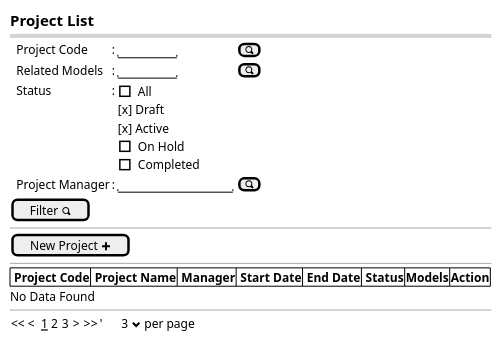
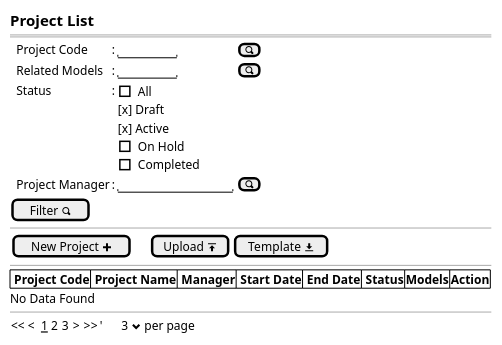
One commit to ari-fikri/packing-cost-mockup changed the diagram in Project/project - new step0.puml. Above: the diagram before and after it, drawn with PlantUML. The commit also changed 6 other files, not shown here.

Commit message:
Add button Download Template and Upload files button for Bulk Upload feature.

```diff
--- a/Project/project - new step0.puml
+++ b/Project/project - new step0.puml
@@ -1,32 +1,34 @@
 @startsalt
 {
   <size:15><b>Project List
   ==
   {
     .|Project Code      |: |"       "|[<&magnifying-glass>]|*
     .|Related Models    |: |"       "| [<&magnifying-glass>]|*
     .|Status |:|
     {
       [ ] All
       [x] Draft
       [x] Active
       [ ] On Hold
       [ ] Completed
     }|*
     .|Project Manager |: |"              "|[<&magnifying-glass>]|*
   }
   [Filter <&magnifying-glass>]|
   .
   --
-  [New Project <&plus>]|*
+  {
+  [New Project <&plus>]||.|.|.|[Upload <&data-transfer-upload>]| [Template <&data-transfer-download>]|*
+  }
   --
   {#
     |<b> Project Code    |<b> Project Name          |<b> Manager         |<b> Start Date |<b> End Date   |<b> Status     |<b>Models     |<b>Action |*|*|*|*|*|*|*
   }
   No Data Found
   --
   {
   << <  __1__ 2 3  > >>  |'      3 <&chevron-bottom> per page |*
   }
 }
 @endsalt
```
